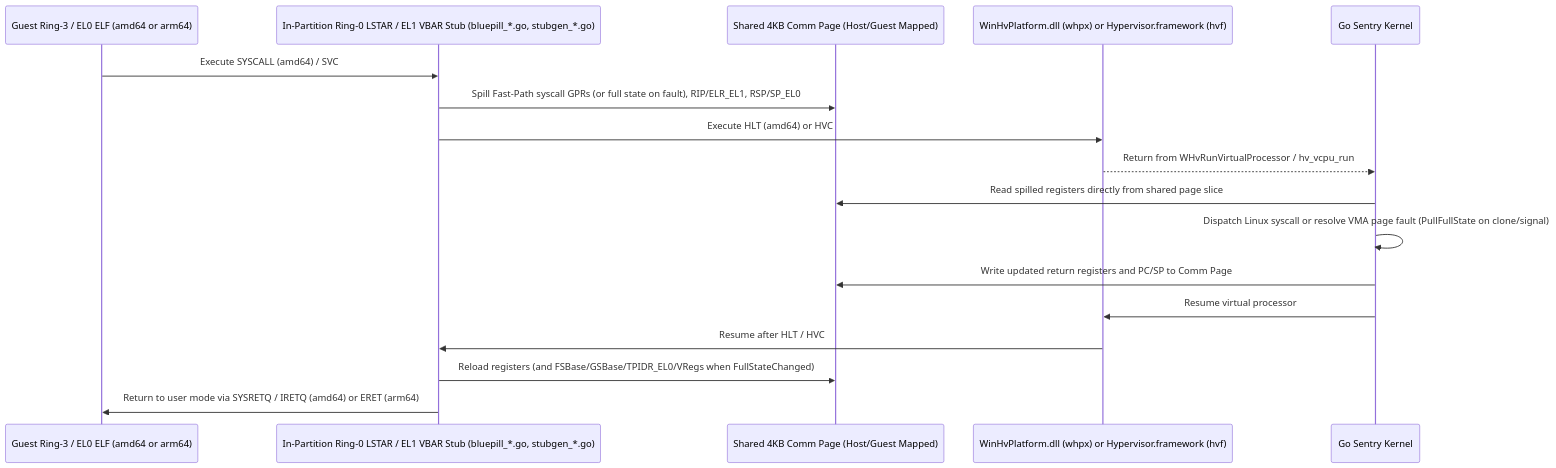
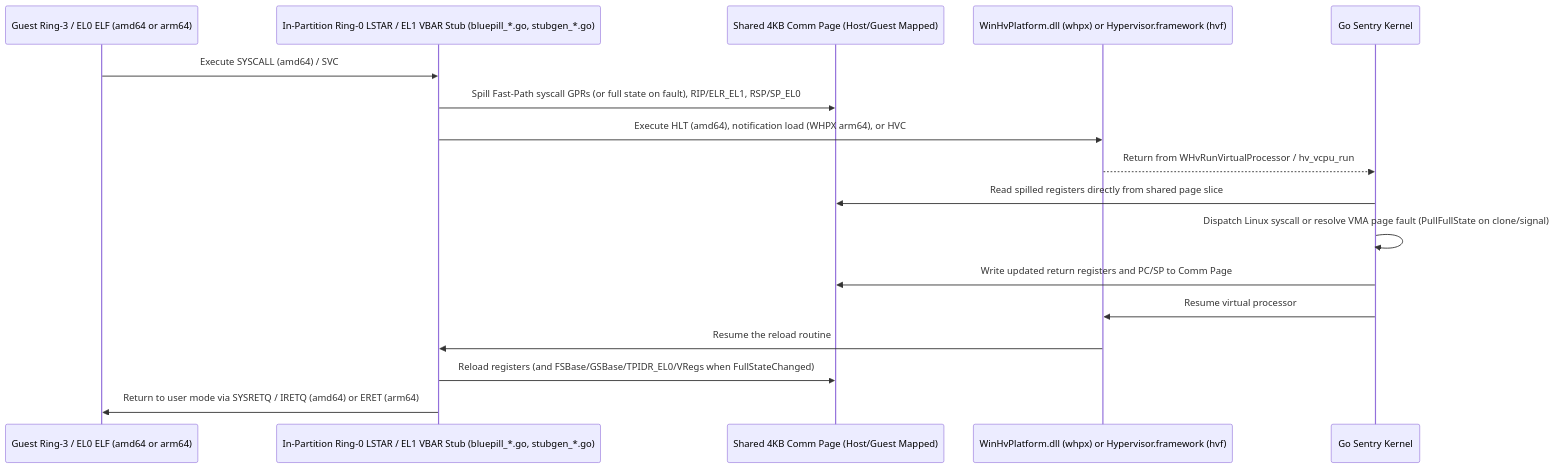
One commit to gfire-sigs/gvx changed the third of 7 diagrams in docs/architecture.md. Above: the diagram before and after it, drawn with Mermaid. The commit also changed other lines of this file and 17 other files, not shown here.

Commit message:
fix: enable native ARM64 WHPX guest execution

````diff
--- a/docs/architecture.md
+++ b/docs/architecture.md
@@ -300,20 +300,20 @@
 ```mermaid
 sequenceDiagram
     participant Guest as Guest Ring-3 / EL0 ELF (amd64 or arm64)
     participant Stub as In-Partition Ring-0 LSTAR / EL1 VBAR Stub (bluepill_*.go, stubgen_*.go)
     participant Comm as Shared 4KB Comm Page (Host/Guest Mapped)
     participant HV as WinHvPlatform.dll (whpx) or Hypervisor.framework (hvf)
     participant Sentry as Go Sentry Kernel
 
     Guest->>Stub: Execute SYSCALL (amd64) / SVC #0 (arm64) or trigger Page Fault
     Stub->>Comm: Spill Fast-Path syscall GPRs (or full state on fault), RIP/ELR_EL1, RSP/SP_EL0
-    Stub->>HV: Execute HLT (amd64) or HVC #0 (arm64)
+    Stub->>HV: Execute HLT (amd64), notification load (WHPX arm64), or HVC #0 (HVF)
     HV-->>Sentry: Return from WHvRunVirtualProcessor / hv_vcpu_run
     Sentry->>Comm: Read spilled registers directly from shared page slice
     Sentry->>Sentry: Dispatch Linux syscall or resolve VMA page fault (PullFullState on clone/signal)
     Sentry->>Comm: Write updated return registers and PC/SP to Comm Page
     Sentry->>HV: Resume virtual processor
-    HV->>Stub: Resume after HLT / HVC #0
+    HV->>Stub: Resume the reload routine
     Stub->>Comm: Reload registers (and FSBase/GSBase/TPIDR_EL0/VRegs when FullStateChanged)
     Stub->>Guest: Return to user mode via SYSRETQ / IRETQ (amd64) or ERET (arm64)
 ```
````
